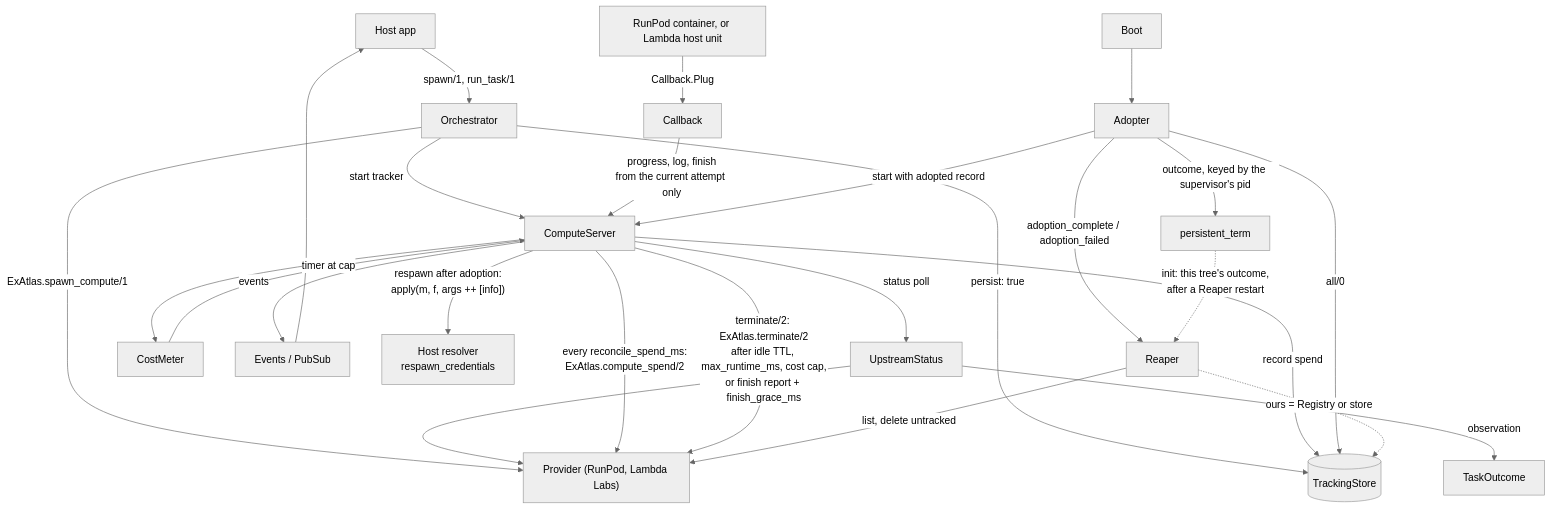
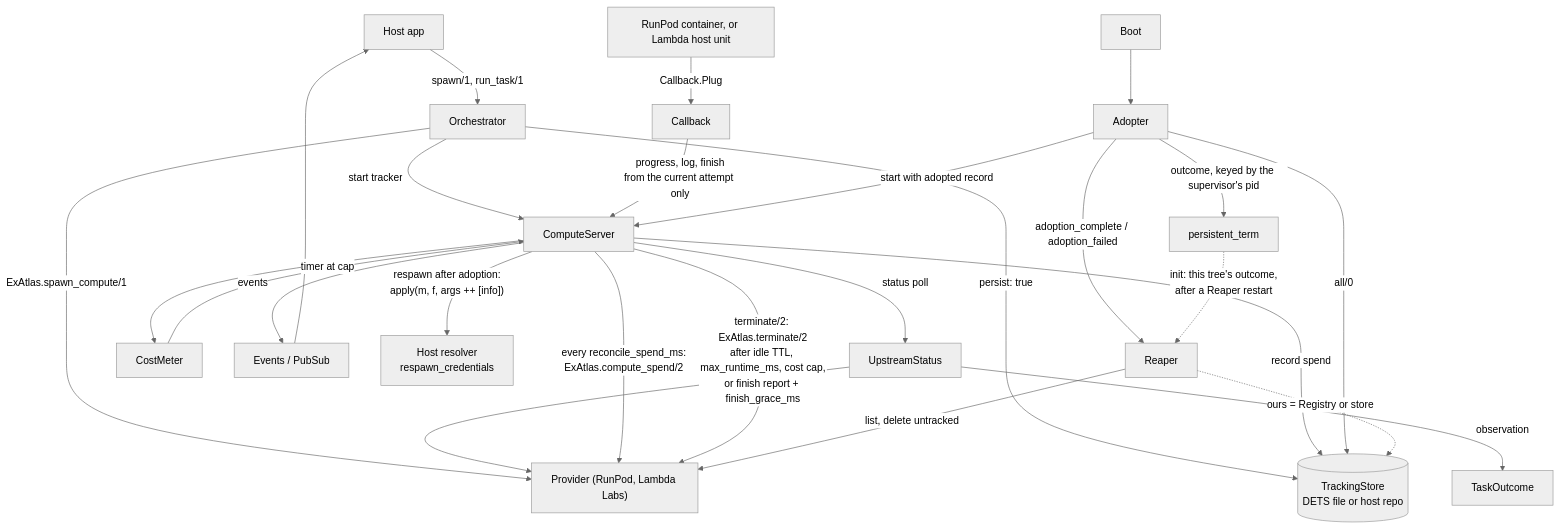
The third of 12 diagrams in docs/architecture.md (udin-io/ex_atlas), drawn with Mermaid (neutral theme) before and after one commit. The commit also changed other lines of this file and 25 other files, not shown here.

First line of the commit message:
Database tracking store: an Ecto store in the host repo, and an orchestrator the host starts after it (slice 1) (#123)

````diff
--- a/docs/architecture.md
+++ b/docs/architecture.md
@@ -62,28 +131,28 @@
 ```mermaid
 flowchart TD
   host["Host app"] -->|"spawn/1, run_task/1"| orc["Orchestrator"]
   orc -->|"ExAtlas.spawn_compute/1"| prov["Provider (RunPod, Lambda Labs)"]
-  orc -->|"persist: true"| store[("TrackingStore")]
+  orc -->|"persist: true"| store[("TrackingStore<br/>DETS file or host repo")]
   orc -->|"start tracker"| cs["ComputeServer"]
   cs -->|"status poll"| us["UpstreamStatus"]
   us --> prov
   us -->|"observation"| to["TaskOutcome"]
   cs --> cm["CostMeter"]
   cm -->|"timer at cap"| cs
   cs -->|"every reconcile_spend_ms:<br/>ExAtlas.compute_spend/2"| prov
   cs -->|"record spend"| store
   cs -->|"events"| ev["Events / PubSub"]
   ev --> host
   cs -->|"terminate/2: ExAtlas.terminate/2<br/>after idle TTL, max_runtime_ms, cost cap,<br/>or finish report + finish_grace_ms"| prov
   pod["RunPod container, or Lambda host unit"] -->|"Callback.Plug"| cb["Callback"]
   cb -->|"progress, log, finish<br/>from the current attempt only"| cs
   boot["Boot"] --> ad["Adopter"]
   ad -->|"all/0"| store
   ad -->|"start with adopted record"| cs
   cs -->|"respawn after adoption:<br/>apply(m, f, args ++ [info])"| res["Host resolver<br/>respawn_credentials"]
   ad -->|"adoption_complete / adoption_failed"| rp["Reaper"]
   ad -->|"outcome, keyed by the supervisor's pid"| pt["persistent_term"]
   pt -.->|"init: this tree's outcome,<br/>after a Reaper restart"| rp
   rp -->|"list, delete untracked"| prov
   rp -.->|"ours = Registry or store"| store
 ```
````
